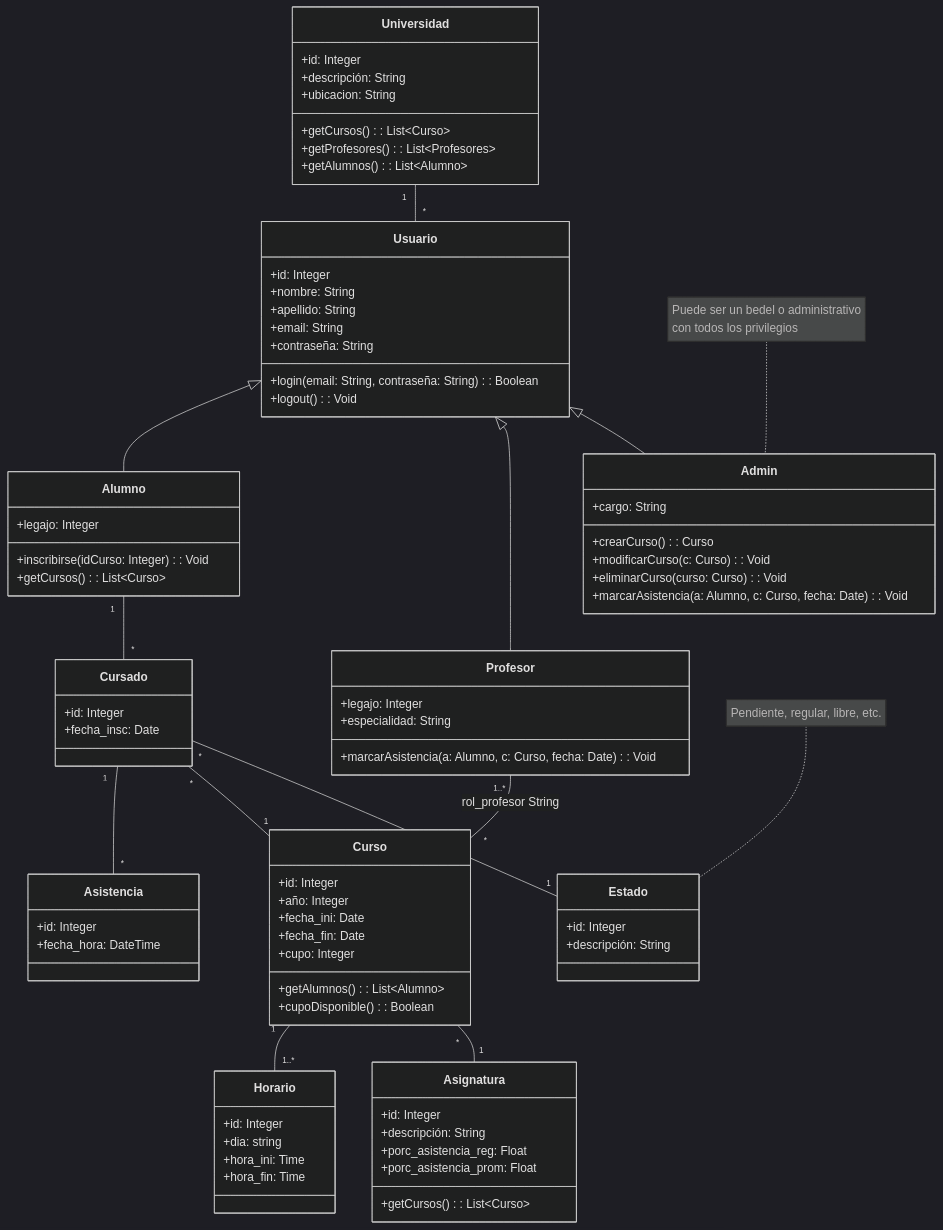
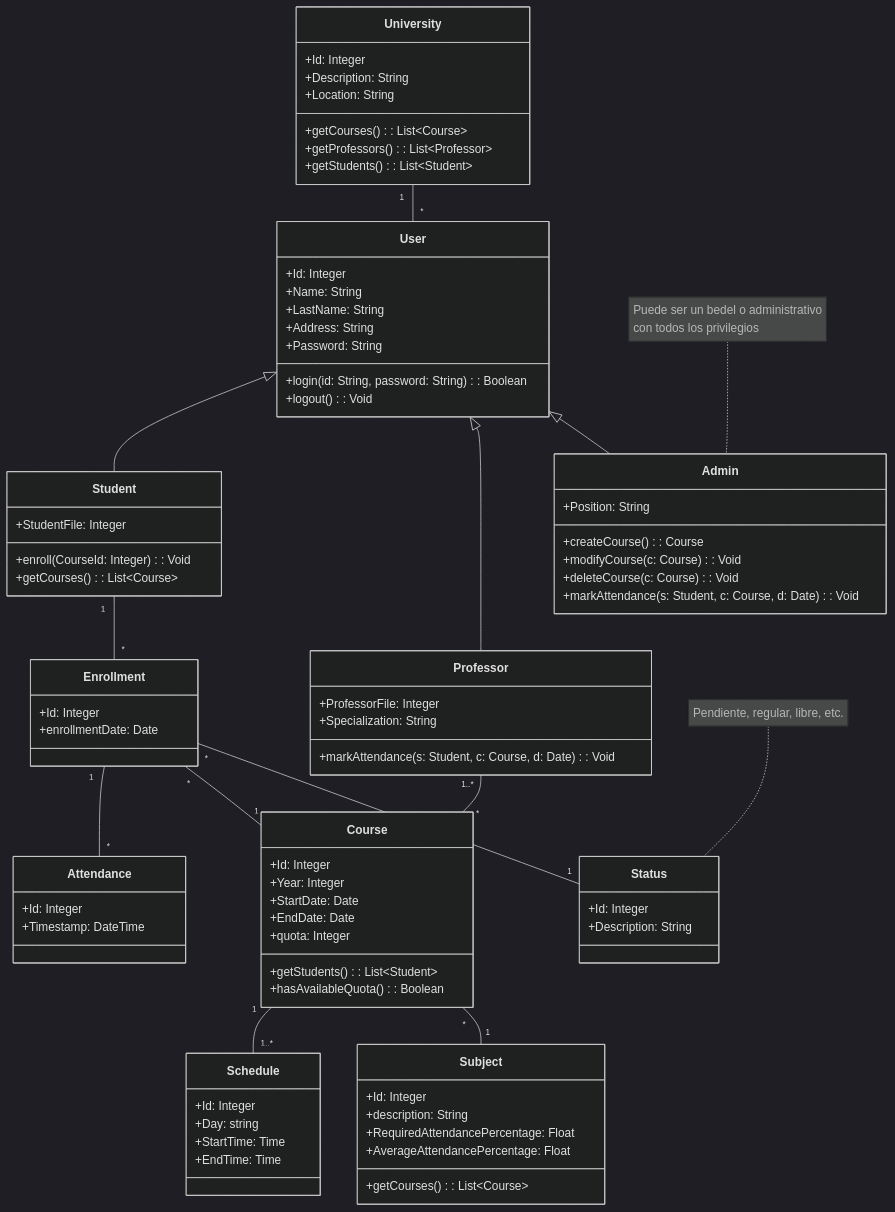
The diagram in propuestas/propuesta #1.md (MVRU/TPI-NET), drawn with Mermaid (dark theme) before and after one commit.

Commit message:
Actualizar propuesta al inglés.md

````diff
--- a/propuestas/propuesta #1.md
+++ b/propuestas/propuesta #1.md
@@ -17,87 +17,87 @@
 ```mermaid
 classDiagram
-    Universidad "1" -- "*" Usuario
-    Usuario <|-- Alumno
-    Usuario <|-- Profesor
-    Usuario <|-- Admin
-    Profesor "1..*" -- "*" Curso: rol_profesor String
-    Cursado "1" -- "*" Asistencia
-    Alumno "1" -- "*" Cursado
-    Cursado "*" -- "1" Curso
-    Curso "1" -- "1..*" Horario
-    Curso "*" -- "1" Asignatura
-    Cursado "*" -- "1" Estado
+    University "1" -- "*" User
+    User <|-- Student
+    User <|-- Professor
+    User <|-- Admin
+    Professor "1..*" -- "*" Course
+    Enrollment "1" -- "*" Attendance
+    Student "1" -- "*" Enrollment
+    Enrollment "*" -- "1" Course
+    Course "1" -- "1..*" Schedule
+    Course "*" -- "1" Subject
+    Enrollment "*" -- "1" Status
 
-    class Universidad{
-      +id: Integer
-      +descripción: String
-      +ubicacion: String
-      +getCursos(): List~Curso~
-      +getProfesores(): List~Profesores~
-      +getAlumnos(): List~Alumno~
+    class University{
+      +Id: Integer
+      +Description: String
+      +Location: String
+      +getCourses(): List~Course~
+      +getProfessors(): List~Professor~
+      +getStudents(): List~Student~
     }
-    class Usuario{
-      +id: Integer
-      +nombre: String
-      +apellido: String
-      +email: String
-      +contraseña: String
-      +login(email: String, contraseña: String): Boolean
+    class User{
+      +Id: Integer
+      +Name: String
+      +LastName: String
+      +Address: String
+      +Password: String
+      +login(id: String, password: String): Boolean
       +logout(): Void
     }
-    class Asignatura{
-      +id: Integer
-      +descripción: String
-      +porc_asistencia_reg: Float
-      +porc_asistencia_prom: Float
-      +getCursos(): List~Curso~
+    class Subject{
+      +Id: Integer
+      +description: String
+      +RequiredAttendancePercentage: Float
+      +AverageAttendancePercentage: Float
+      +getCourses(): List~Course~
     }
-    class Asistencia{
-      +id: Integer
-      +fecha_hora: DateTime
+    class Attendance{
+      +Id: Integer
+      +Timestamp: DateTime
     }
-    class Alumno{
-        +legajo: Integer
-        +inscribirse(idCurso: Integer): Void
-        +getCursos(): List~Curso~
+    class Student{
+        +StudentFile: Integer
+        +enroll(CourseId: Integer): Void
+        +getCourses(): List~Course~
     }
-    class Profesor{
-        +legajo: Integer
-        +especialidad: String
-        +marcarAsistencia(a: Alumno, c: Curso, fecha: Date): Void
+    class Professor{
+        +ProfessorFile: Integer
+        +Specialization: String
+        +markAttendance(s: Student, c: Course, d: Date): Void
     }
     class Admin{
-        +cargo: String
-        +crearCurso(): Curso
-        +modificarCurso(c: Curso): Void
-        +eliminarCurso(curso: Curso): Void
-        +marcarAsistencia(a: Alumno, c: Curso, fecha: Date): Void
+        +Position: String
+        +createCourse(): Course
+        +modifyCourse(c: Course): Void
+        +deleteCourse(c: Course): Void
+        +markAttendance(s: Student, c: Course, d: Date): Void
     }
-    class Cursado{
-        +id: Integer
-        +fecha_insc: Date
+    class Enrollment{
+        +Id: Integer
+        +enrollmentDate: Date
     }
-    class Curso{
-        +id: Integer
-        +año: Integer
-        +fecha_ini: Date
-        +fecha_fin: Date
-        +cupo: Integer
-        +getAlumnos(): List~Alumno~
-        +cupoDisponible(): Boolean
+    class Course{
+        +Id: Integer
+        +Year: Integer
+        +StartDate: Date
+        +EndDate: Date
+        +quota: Integer
+        +getStudents(): List~Student~
+        +hasAvailableQuota(): Boolean
     }
-    class Horario{
-        +id: Integer
-        +dia: string
-        +hora_ini: Time
-        +hora_fin: Time
+    class Schedule{
+        +Id: Integer
+        +Day: string
+        +StartTime: Time
+        +EndTime: Time
     }
-    class Estado{
-        +id: Integer
-        +descripción: String
+    class Status{
+        +Id: Integer
+        +Description: String
     }
 
-note for Estado "Pendiente, regular, libre, etc."
+note for Status "Pendiente, regular, libre, etc."
 note for Admin "Puede ser un bedel o administrativo
 con todos los privilegios"
 ```
````
